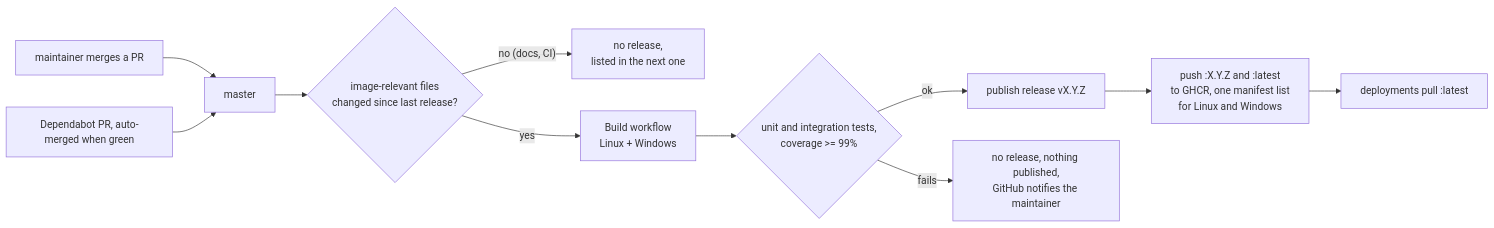
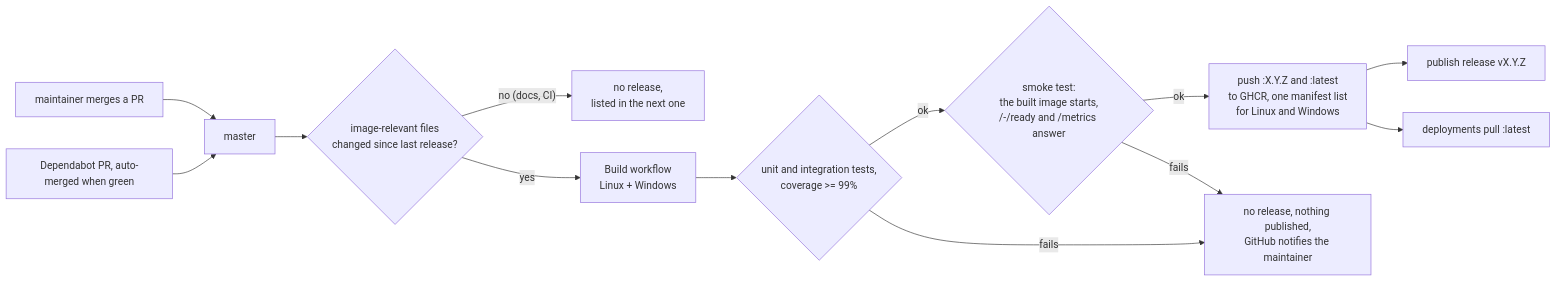
Before and after one commit to motwok/ImageAdvisor: the diagram in RELEASING.md, drawn with Mermaid. The commit also changed other lines of this file and 4 other files, not shown here.

Commit message:
ci: smoke test before release, auto-merge starts the build

````diff
--- a/RELEASING.md
+++ b/RELEASING.md
@@ -19,13 +22,15 @@
 ```mermaid
 flowchart LR
   O[maintainer merges a PR] --> M[master]
   D[Dependabot PR, auto-merged when green] --> M
   M --> C{image-relevant files<br/>changed since last release?}
   C -- "no (docs, CI)" --> Q[no release,<br/>listed in the next one]
   C -- yes --> B[Build workflow<br/>Linux + Windows]
   B --> T{unit and integration tests,<br/>coverage >= 99%}
-  T -- ok --> R[publish release vX.Y.Z]
-  R --> G["push :X.Y.Z and :latest<br/>to GHCR, one manifest list<br/>for Linux and Windows"]
+  T -- ok --> S{smoke test:<br/>the built image starts,<br/>/-/ready and /metrics answer}
+  S -- ok --> G["push :X.Y.Z and :latest<br/>to GHCR, one manifest list<br/>for Linux and Windows"]
+  G --> R[publish release vX.Y.Z]
+  S -- fails --> N
   T -- fails --> N[no release, nothing published,<br/>GitHub notifies the maintainer]
   G --> P[deployments pull :latest]
 ```
````
